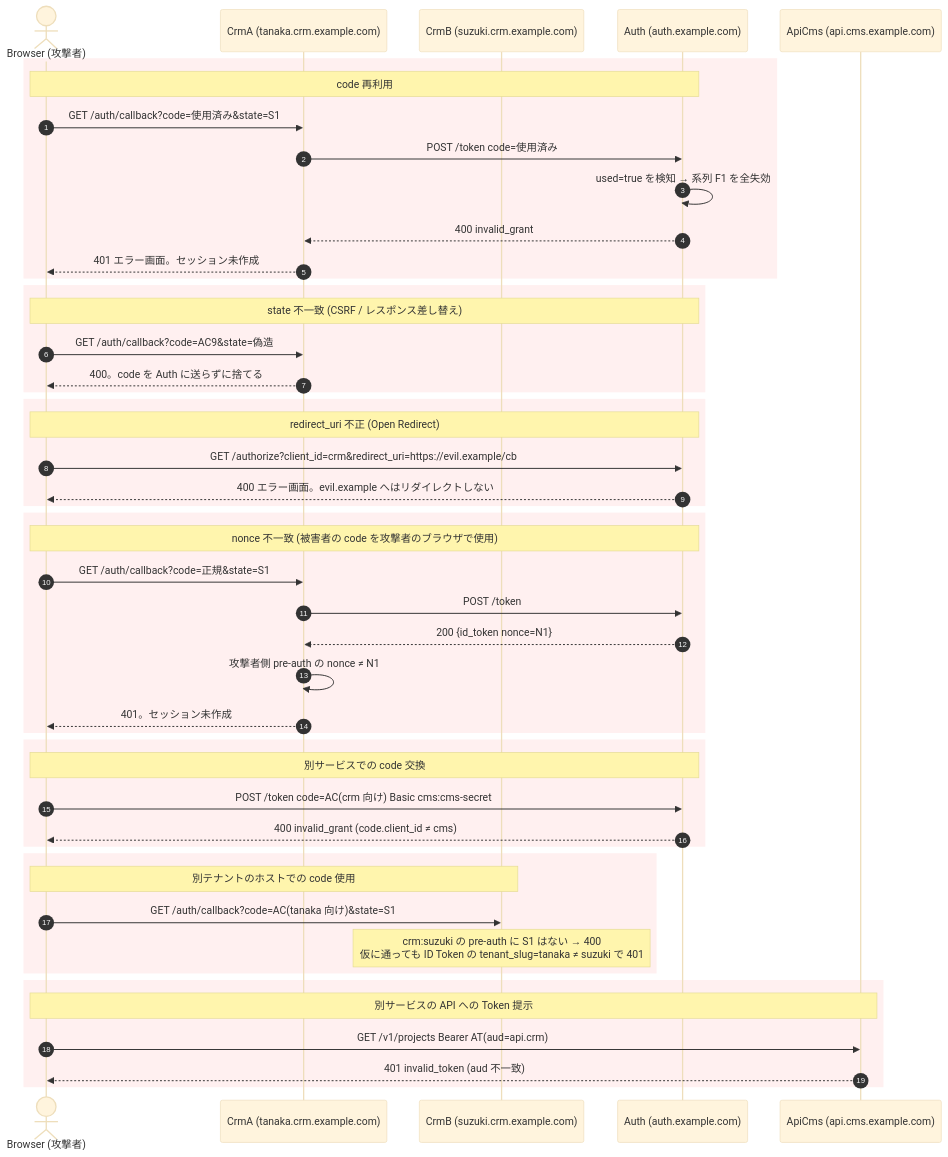
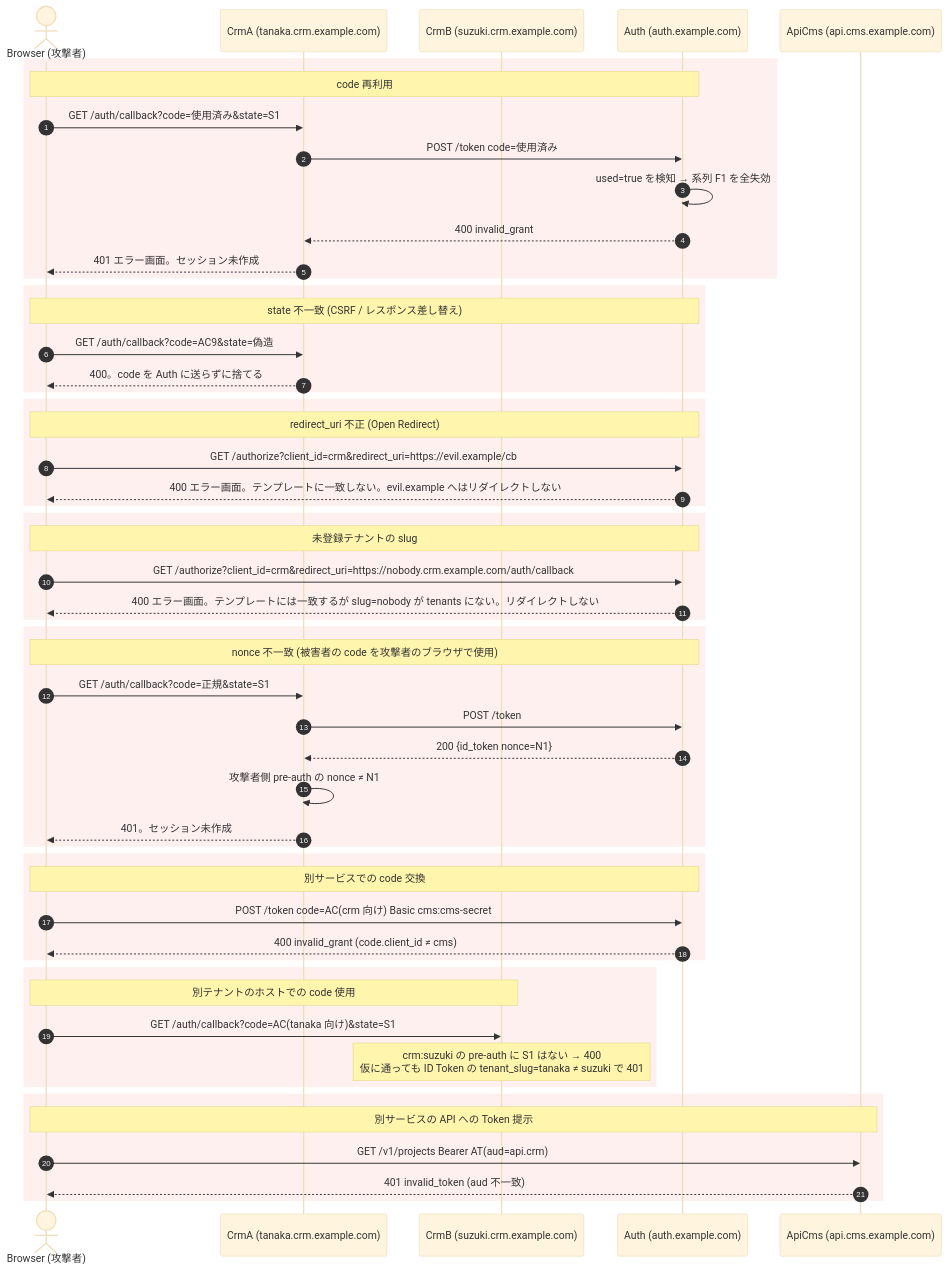
Before and after one commit to daisuke-tanabe/multi-domain-sandbox: the tenth of 10 diagrams in docs/integration-guide.md, drawn with Mermaid (base theme). The commit also changed other lines of this file and 120 other files, not shown here.

````diff
--- a/docs/integration-guide.md
+++ b/docs/integration-guide.md
@@ -788,51 +796,56 @@
 ```mermaid
 sequenceDiagram
     autonumber
     actor Attacker as Browser (攻撃者)
     participant CrmA as CrmA (tanaka.crm.example.com)
     participant CrmB as CrmB (suzuki.crm.example.com)
     participant Auth as Auth (auth.example.com)
     participant ApiCms as ApiCms (api.cms.example.com)
 
     rect rgb(255,240,240)
     Note over Attacker,Auth: code 再利用
     Attacker->>CrmA: GET /auth/callback?code=使用済み&state=S1
     CrmA->>Auth: POST /token code=使用済み
     Auth->>Auth: used=true を検知 → 系列 F1 を全失効
     Auth-->>CrmA: 400 invalid_grant
     CrmA-->>Attacker: 401 エラー画面。セッション未作成
     end
     rect rgb(255,240,240)
     Note over Attacker,Auth: state 不一致 (CSRF / レスポンス差し替え)
     Attacker->>CrmA: GET /auth/callback?code=AC9&state=偽造
     CrmA-->>Attacker: 400。code を Auth に送らずに捨てる
     end
     rect rgb(255,240,240)
     Note over Attacker,Auth: redirect_uri 不正 (Open Redirect)
     Attacker->>Auth: GET /authorize?client_id=crm&redirect_uri=https://evil.example/cb
-    Auth-->>Attacker: 400 エラー画面。evil.example へはリダイレクトしない
+    Auth-->>Attacker: 400 エラー画面。テンプレートに一致しない。evil.example へはリダイレクトしない
+    end
+    rect rgb(255,240,240)
+    Note over Attacker,Auth: 未登録テナントの slug
+    Attacker->>Auth: GET /authorize?client_id=crm&redirect_uri=https://nobody.crm.example.com/auth/callback
+    Auth-->>Attacker: 400 エラー画面。テンプレートには一致するが slug=nobody が tenants にない。リダイレクトしない
     end
     rect rgb(255,240,240)
     Note over Attacker,Auth: nonce 不一致 (被害者の code を攻撃者のブラウザで使用)
     Attacker->>CrmA: GET /auth/callback?code=正規&state=S1
     CrmA->>Auth: POST /token
     Auth-->>CrmA: 200 {id_token nonce=N1}
     CrmA->>CrmA: 攻撃者側 pre-auth の nonce ≠ N1
     CrmA-->>Attacker: 401。セッション未作成
     end
     rect rgb(255,240,240)
     Note over Attacker,Auth: 別サービスでの code 交換
     Attacker->>Auth: POST /token code=AC(crm 向け) Basic cms:cms-secret
     Auth-->>Attacker: 400 invalid_grant (code.client_id ≠ cms)
     end
     rect rgb(255,240,240)
     Note over Attacker,CrmB: 別テナントのホストでの code 使用
     Attacker->>CrmB: GET /auth/callback?code=AC(tanaka 向け)&state=S1
     Note over CrmB: crm:suzuki の pre-auth に S1 はない → 400<br/>仮に通っても ID Token の tenant_slug=tanaka ≠ suzuki で 401
     end
     rect rgb(255,240,240)
     Note over Attacker,ApiCms: 別サービスの API への Token 提示
     Attacker->>ApiCms: GET /v1/projects  Bearer AT(aud=api.crm)
     ApiCms-->>Attacker: 401 invalid_token (aud 不一致)
     end
 ```
````
